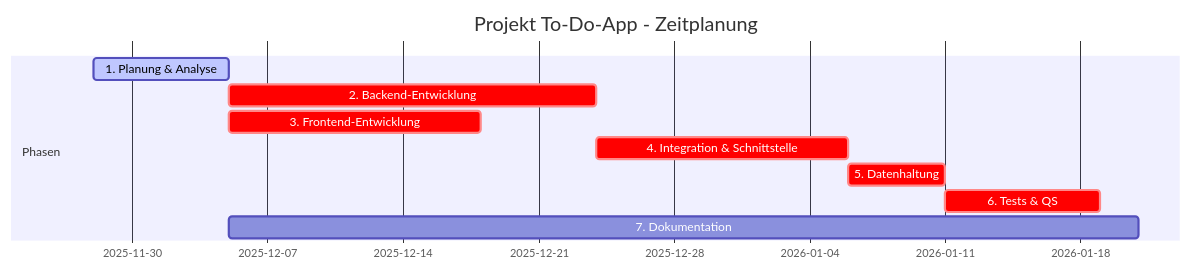
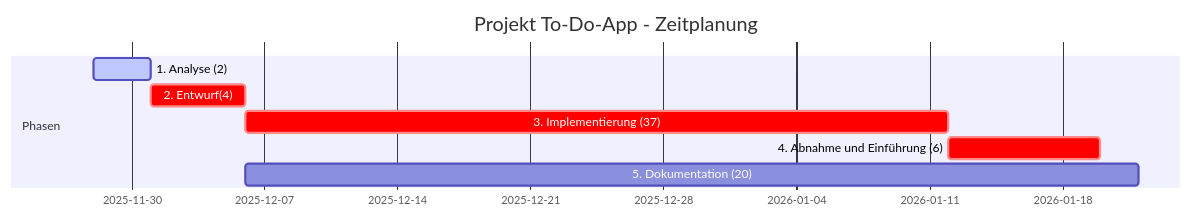
The diagram in Projektantrag.md (AlbelNox/LF12_Project_TODO), drawn with Mermaid before and after one commit. The commit also changed other lines of this file, not shown here.

````diff
--- a/Projektantrag.md
+++ b/Projektantrag.md
@@ -70,14 +61,12 @@
 ```mermaid
 gantt
     title Projekt To-Do-App - Zeitplanung
     dateFormat YYYY-MM-DD
     
     section Phasen
-    1. Planung & Analyse :active, plan, 2025-11-28, 7d
-    2. Backend-Entwicklung :crit, backend, after plan, 19d
-    3. Frontend-Entwicklung :crit, frontend, after plan, 13d
-    4. Integration & Schnittstelle :crit, integration, after backend frontend, 13d
-    5. Datenhaltung :crit, data,  after integration, 5d
-    6. Tests & QS :crit, after data, 8d
-    7. Dokumentation :documentation, after plan, 47d
+    1. Analyse (2) :active, plan, 2025-11-28, 2.5d
+    2. Entwurf(4) :crit, entwurf, after plan, 4.5d
+    3. Implementierung (37) :crit, implementierung, after entwurf, 37d
+    4. Abnahme und Einführung (6) :crit, after implementierung, 8d
+    5. Dokumentation (20) :documentation, after entwurf, 47d
 ```
````
